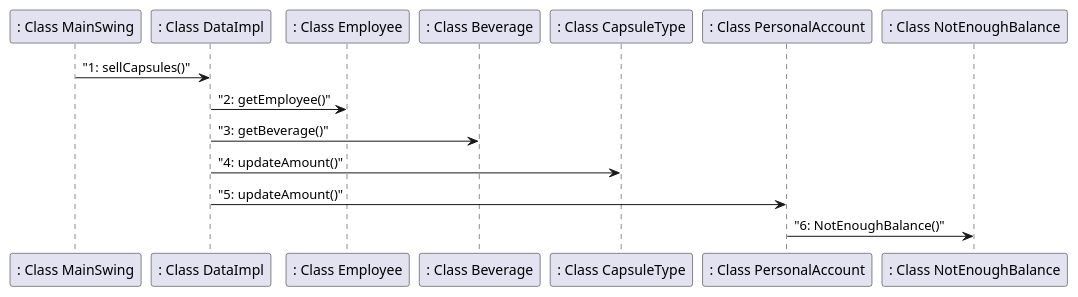
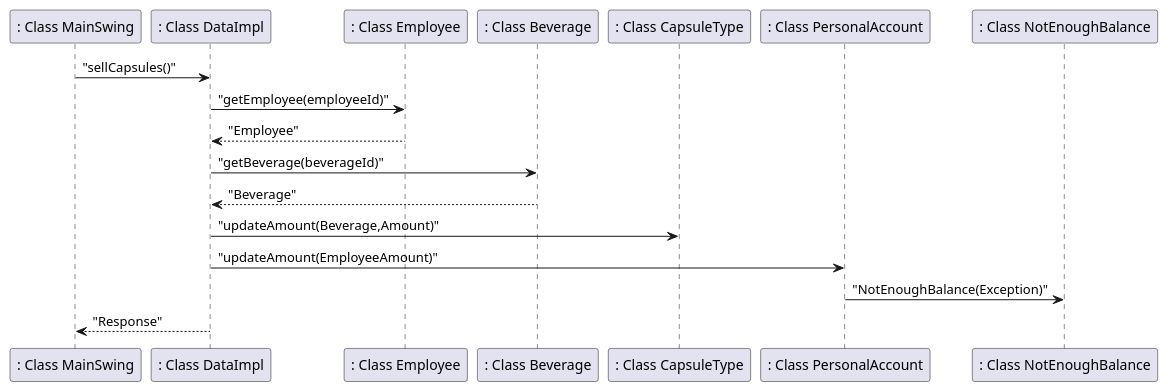
One commit to salvatore-dimartino/LaTazza changed the seventh of 7 diagrams in templates/DesignDocumentTemplate.md. Above: the diagram before and after it, drawn with PlantUML. The commit also changed other lines of this file, not shown here.

````diff
--- a/templates/DesignDocumentTemplate.md
+++ b/templates/DesignDocumentTemplate.md
@@ -293,8 +296,11 @@
 ```plantuml
-": Class MainSwing" -> ": Class DataImpl": "1: sellCapsules()"
-": Class DataImpl" -> ": Class Employee": "2: getEmployee()"
-": Class DataImpl" -> ": Class Beverage": "3: getBeverage()"
-": Class DataImpl" -> ": Class CapsuleType": "4: updateAmount()"
-": Class DataImpl" -> ": Class PersonalAccount": "5: updateAmount()"
-": Class PersonalAccount" -> ": Class NotEnoughBalance": "6: NotEnoughBalance()"
+": Class MainSwing" -> ": Class DataImpl": "sellCapsules()"
+": Class DataImpl" -> ": Class Employee": "getEmployee(employeeId)"
+": Class Employee" --> ": Class DataImpl": "Employee"
+": Class DataImpl" -> ": Class Beverage": "getBeverage(beverageId)"
+": Class Beverage" --> ": Class DataImpl": "Beverage"
+": Class DataImpl" -> ": Class CapsuleType": "updateAmount(Beverage,Amount)"
+": Class DataImpl" -> ": Class PersonalAccount": "updateAmount(EmployeeAmount)"
+": Class PersonalAccount" -> ": Class NotEnoughBalance": "NotEnoughBalance(Exception)"
+": Class DataImpl" --> ": Class MainSwing": "Response"
 ```
````
